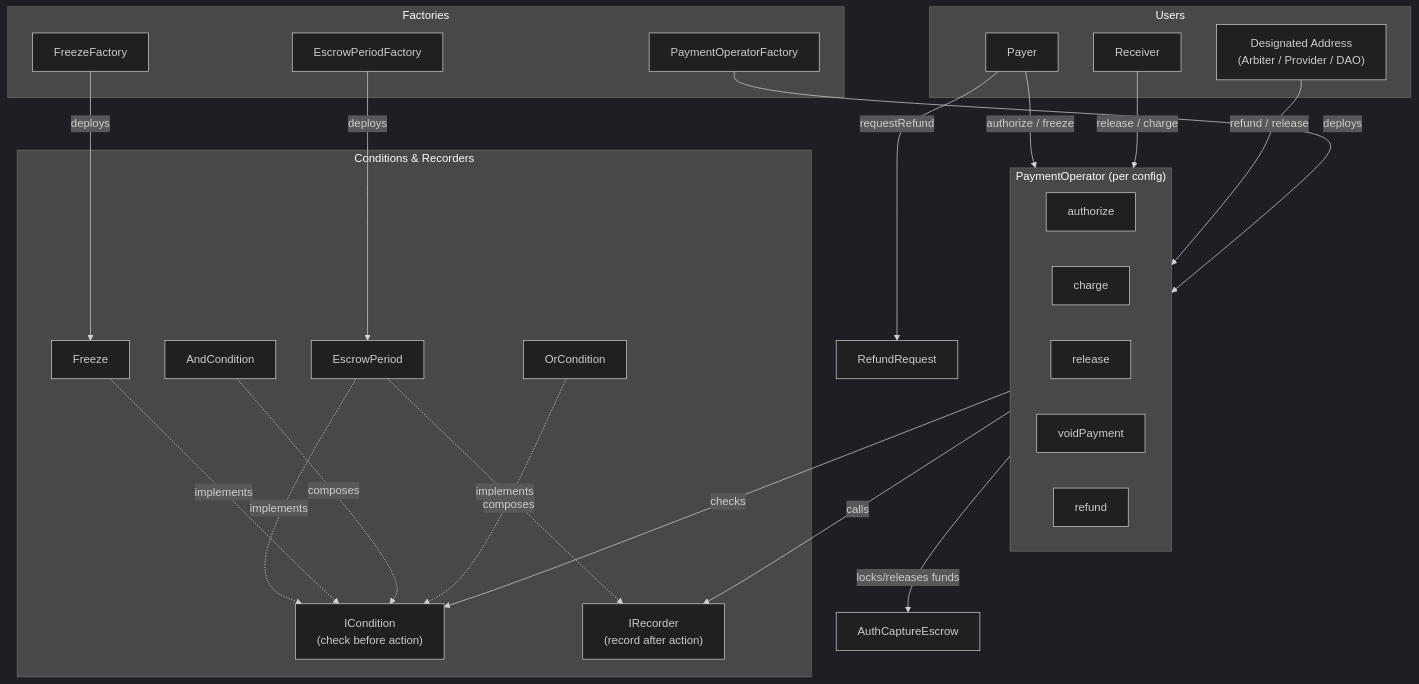
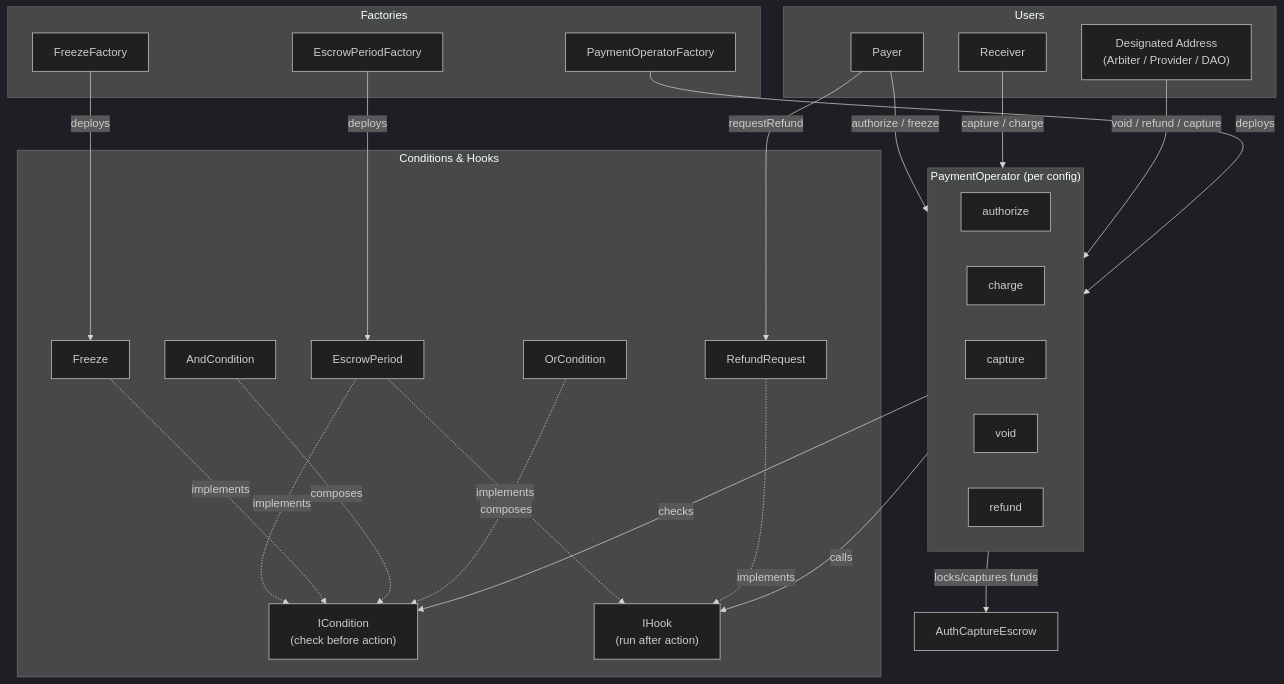
The diagram in contracts/architecture.mdx (BackTrackCo/docs), drawn with Mermaid (dark theme) before and after one commit. The commit also changed other lines of this file and 51 other files, not shown here.

````diff
--- a/contracts/architecture.mdx
+++ b/contracts/architecture.mdx
@@ -9,53 +9,54 @@
 ```mermaid
 flowchart TB
     subgraph Users
         Payer
         Receiver
         DesAddr["Designated Address<br/>(Arbiter / Provider / DAO)"]
     end
 
     subgraph Factories
         POF[PaymentOperatorFactory]
         EPF[EscrowPeriodFactory]
         FF[FreezeFactory]
     end
 
     subgraph Operator["PaymentOperator (per config)"]
         Auth[authorize]
         Charge[charge]
-        Release[release]
-        RefundIE[voidPayment]
-        RefundPE[refund]
+        Capture[capture]
+        Void[void]
+        Refund[refund]
     end
 
-    subgraph Plugins["Conditions & Recorders"]
+    subgraph Plugins["Conditions & Hooks"]
         Cond["ICondition<br/>(check before action)"]
-        Rec["IRecorder<br/>(record after action)"]
+        Hook["IHook<br/>(run after action)"]
         EP[EscrowPeriod]
         Freeze[Freeze]
         And[AndCondition]
         Or[OrCondition]
+        RR[RefundRequest]
     end
 
     Escrow[AuthCaptureEscrow]
-    RR[RefundRequest]
 
     Payer -->|authorize / freeze| Operator
-    Receiver -->|release / charge| Operator
-    DesAddr -->|refund / release| Operator
+    Receiver -->|capture / charge| Operator
+    DesAddr -->|void / refund / capture| Operator
     Payer -->|requestRefund| RR
 
     POF -->|deploys| Operator
     EPF -->|deploys| EP
     FF -->|deploys| Freeze
 
     Operator -->|checks| Cond
-    Operator -->|calls| Rec
-    Operator -->|locks/releases funds| Escrow
+    Operator -->|calls| Hook
+    Operator -->|locks/captures funds| Escrow
 
     EP -.->|implements| Cond
-    EP -.->|implements| Rec
+    EP -.->|implements| Hook
     Freeze -.->|implements| Cond
+    RR -.->|implements| Hook
     And -.->|composes| Cond
     Or -.->|composes| Cond
 ```
````
